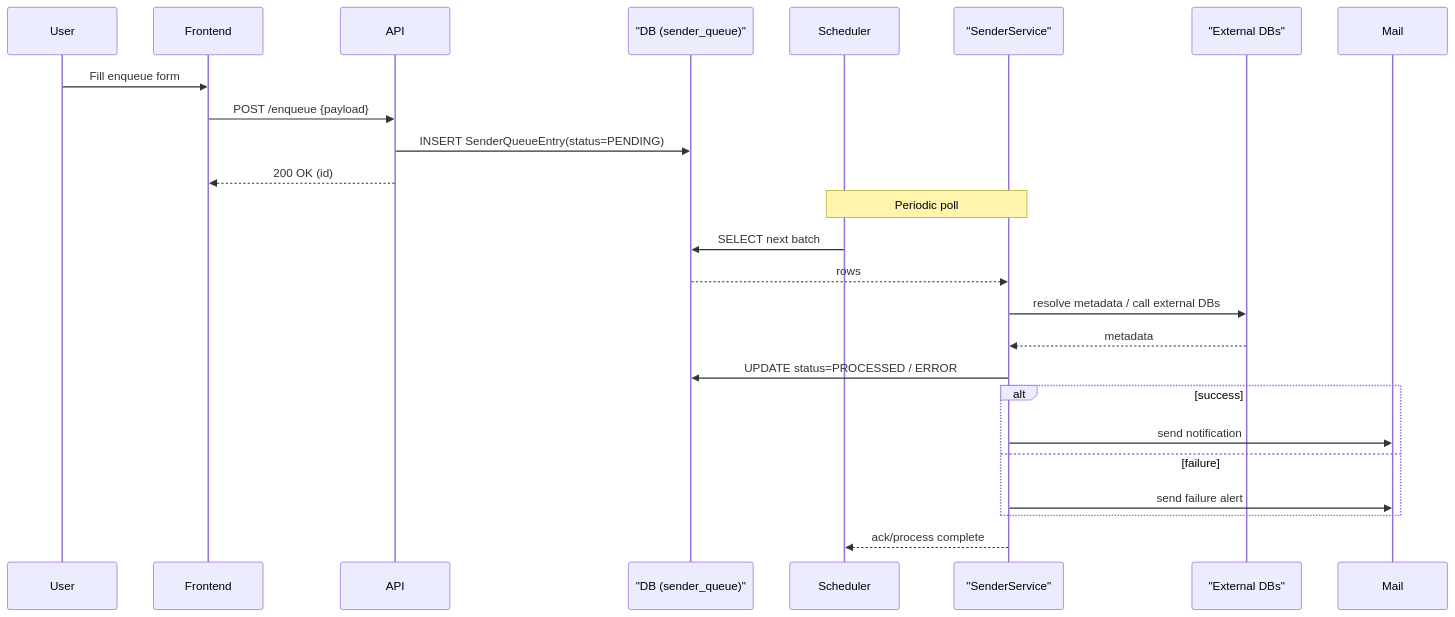
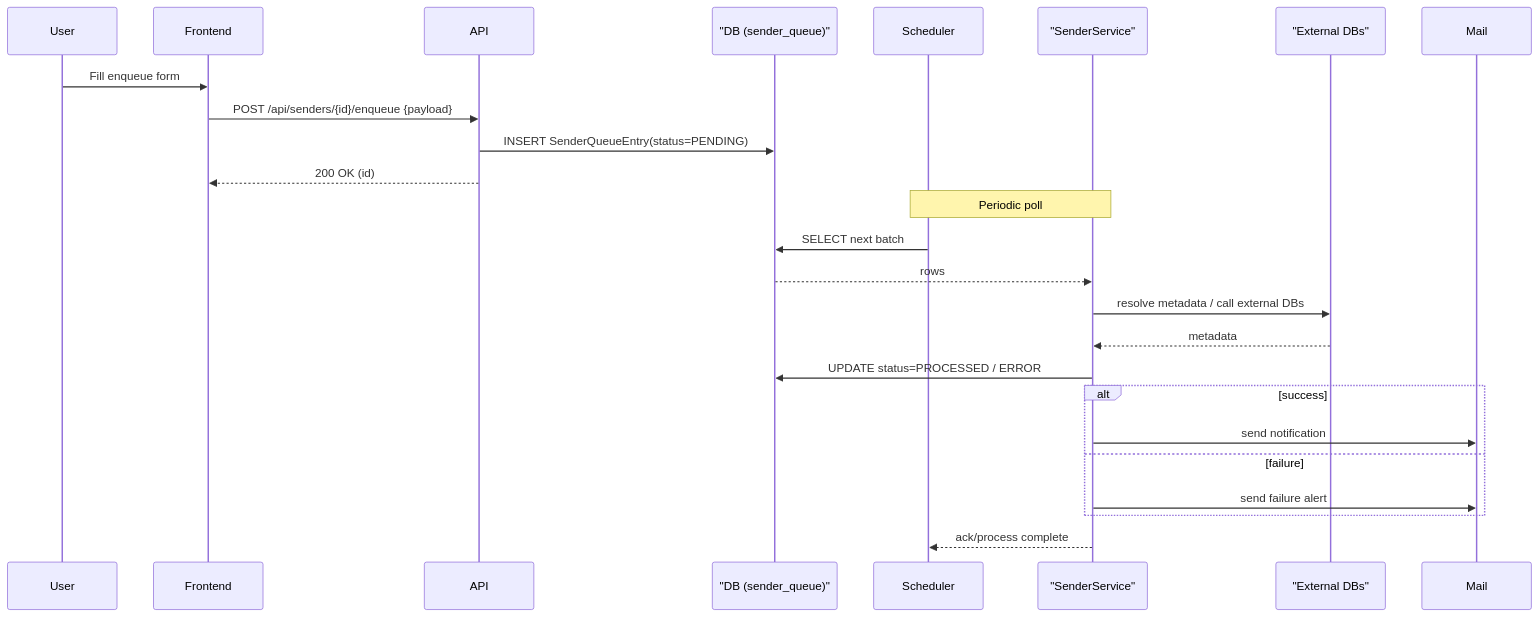
The diagram in docs/diagrams/sequence.mmd (ejkorg/sender), drawn with Mermaid before and after one commit. The commit also changed 1 other file, not shown here.

Commit message:
docs: align diagrams with actual API endpoints (/api/senders/{id}/enqueue, /api/senders/{id}/queue)

```diff
--- a/docs/diagrams/sequence.mmd
+++ b/docs/diagrams/sequence.mmd
@@ -1,27 +1,27 @@
 sequenceDiagram
   participant User
   participant Frontend
   participant API
   participant QueueDB as "DB (sender_queue)"
   participant Scheduler
   participant Processor as "SenderService"
   participant External as "External DBs"
   participant Mail
 
   User->>Frontend: Fill enqueue form
-  Frontend->>API: POST /enqueue {payload}
+  Frontend->>API: POST /api/senders/{id}/enqueue {payload}
   API->>QueueDB: INSERT SenderQueueEntry(status=PENDING)
   API-->>Frontend: 200 OK (id)
 
   Note over Scheduler,Processor: Periodic poll
   Scheduler->>QueueDB: SELECT next batch
   QueueDB-->>Processor: rows
   Processor->>External: resolve metadata / call external DBs
   External-->>Processor: metadata
   Processor->>QueueDB: UPDATE status=PROCESSED / ERROR
   alt success
     Processor->>Mail: send notification
   else failure
     Processor->>Mail: send failure alert
   end
   Processor-->>Scheduler: ack/process complete
```
